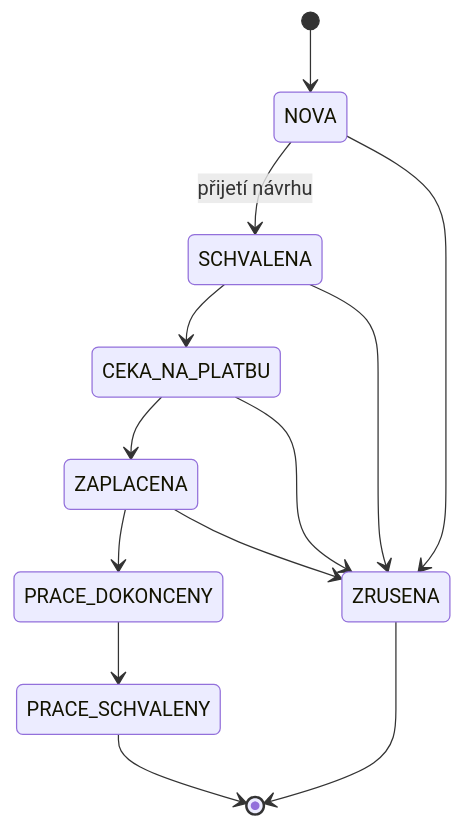
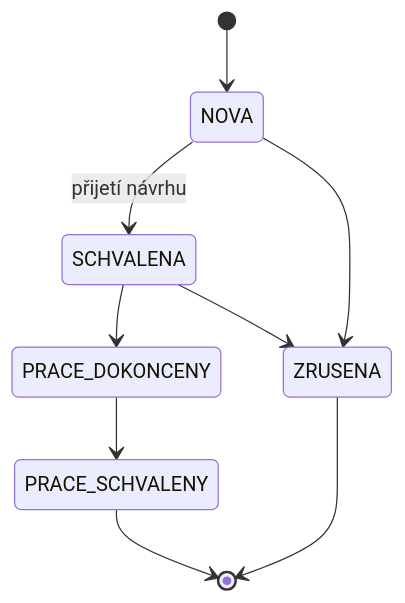
One commit to mirovisus/zahrada_backend changed the second of 3 diagrams in docs/TECHNICKA_DOKUMENTACE.md. Above: the diagram before and after it, drawn with Mermaid. The commit also changed 3 other files, not shown here.

````diff
--- a/docs/TECHNICKA_DOKUMENTACE.md
+++ b/docs/TECHNICKA_DOKUMENTACE.md
@@ -108,15 +108,11 @@
 ```mermaid
 stateDiagram-v2
     [*] --> NOVA
     NOVA --> SCHVALENA : přijetí návrhu
-    SCHVALENA --> CEKA_NA_PLATBU
-    CEKA_NA_PLATBU --> ZAPLACENA
-    ZAPLACENA --> PRACE_DOKONCENY
+    SCHVALENA --> PRACE_DOKONCENY
     PRACE_DOKONCENY --> PRACE_SCHVALENY
     NOVA --> ZRUSENA
     SCHVALENA --> ZRUSENA
-    CEKA_NA_PLATBU --> ZRUSENA
-    ZAPLACENA --> ZRUSENA
     PRACE_SCHVALENY --> [*]
     ZRUSENA --> [*]
 ```
````
